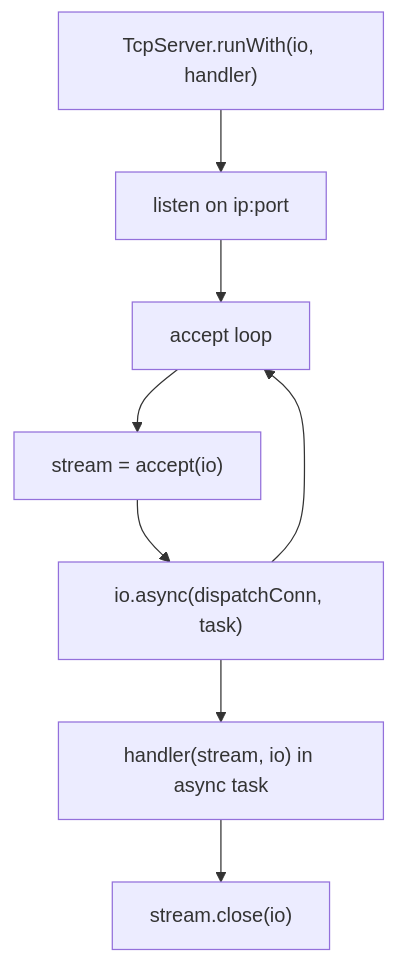
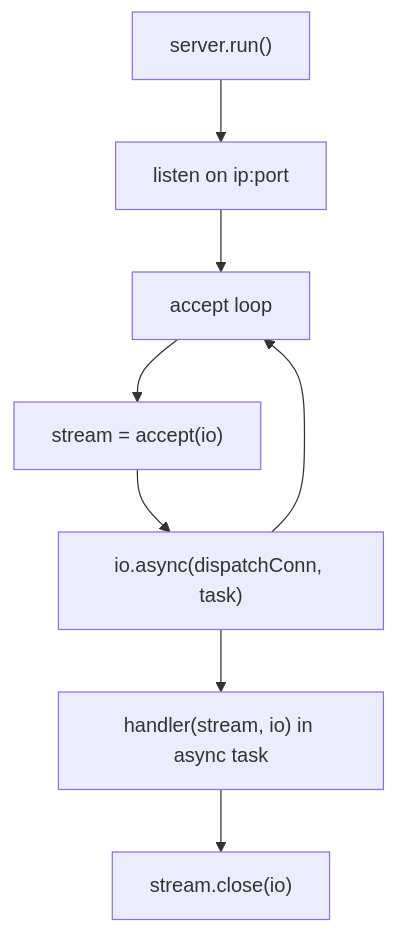
The second of 4 diagrams in docs/hld-tcp-en.md (prothegee/zix), drawn with Mermaid before and after one commit. The commit also changed other lines of this file and 21 other files, not shown here.

````diff
--- a/docs/hld-tcp-en.md
+++ b/docs/hld-tcp-en.md
@@ -99,10 +118,10 @@
 ```mermaid
 flowchart TD
-    A["TcpServer.runWith(io, handler)"] --> B["listen on ip:port"]
+    A["server.run()"] --> B["listen on ip:port"]
     B --> C["accept loop"]
     C --> D["stream = accept(io)"]
     D --> E["io.async(dispatchConn, task)"]
     E --> C
     E --> F["handler(stream, io) in async task"]
     F --> G["stream.close(io)"]
 ```
````
